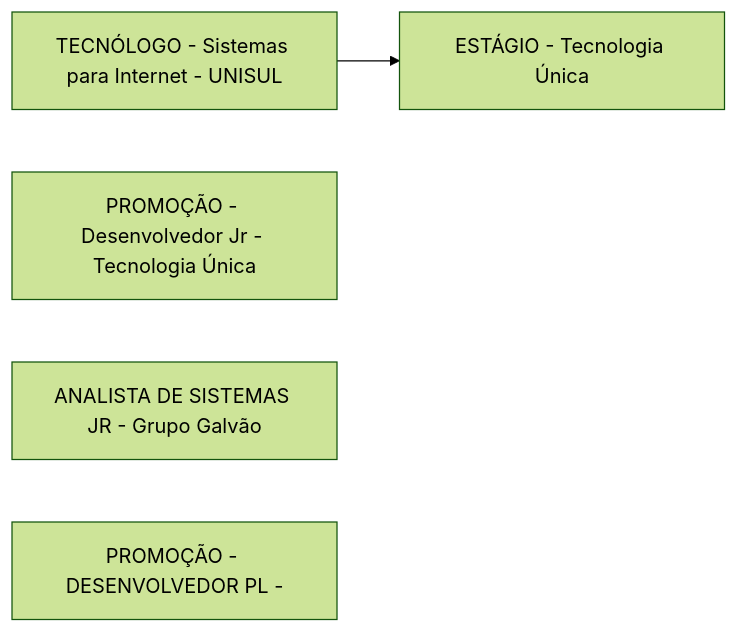
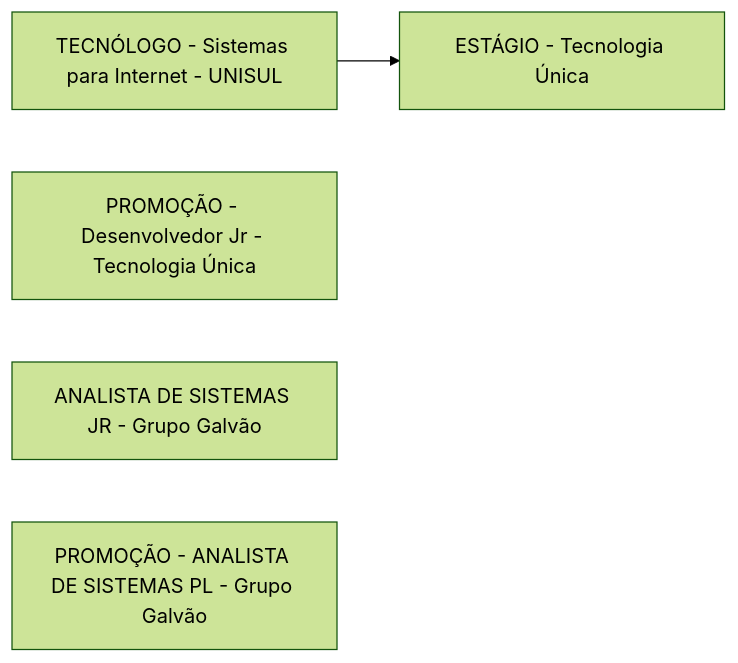
One commit to rafsp/Graduacao_FIAP changed the diagram in Advanced-Business-Development-with-.NET/1º-Semestre/Aula-01-%2D-Introdução-e-Apresentação/Apresentação-do-Professor.md. Above: the diagram before and after it, drawn with Mermaid (forest theme).

Commit message:
Updated Apresentação do Professor

```diff
--- a/Advanced-Business-Development-with-.NET/1º-Semestre/Aula-01-%2D-Introdução-e-Apresentação/Apresentação-do-Professor.md
+++ b/Advanced-Business-Development-with-.NET/1º-Semestre/Aula-01-%2D-Introdução-e-Apresentação/Apresentação-do-Professor.md
@@ -1,9 +1,9 @@
 ::: mermaid
 flowchart LR;
 a[TECNÓLOGO - Sistemas para Internet - UNISUL]
 b[ESTÁGIO - Tecnologia Única];
 c[PROMOÇÃO - Desenvolvedor Jr - Tecnologia Única];
 d[ANALISTA DE SISTEMAS JR - Grupo Galvão];
-e[PROMOÇÃO - DESENVOLVEDOR PL - ]
+e[PROMOÇÃO - ANALISTA DE SISTEMAS PL - Grupo Galvão]
 a-->b;
 :::
```
